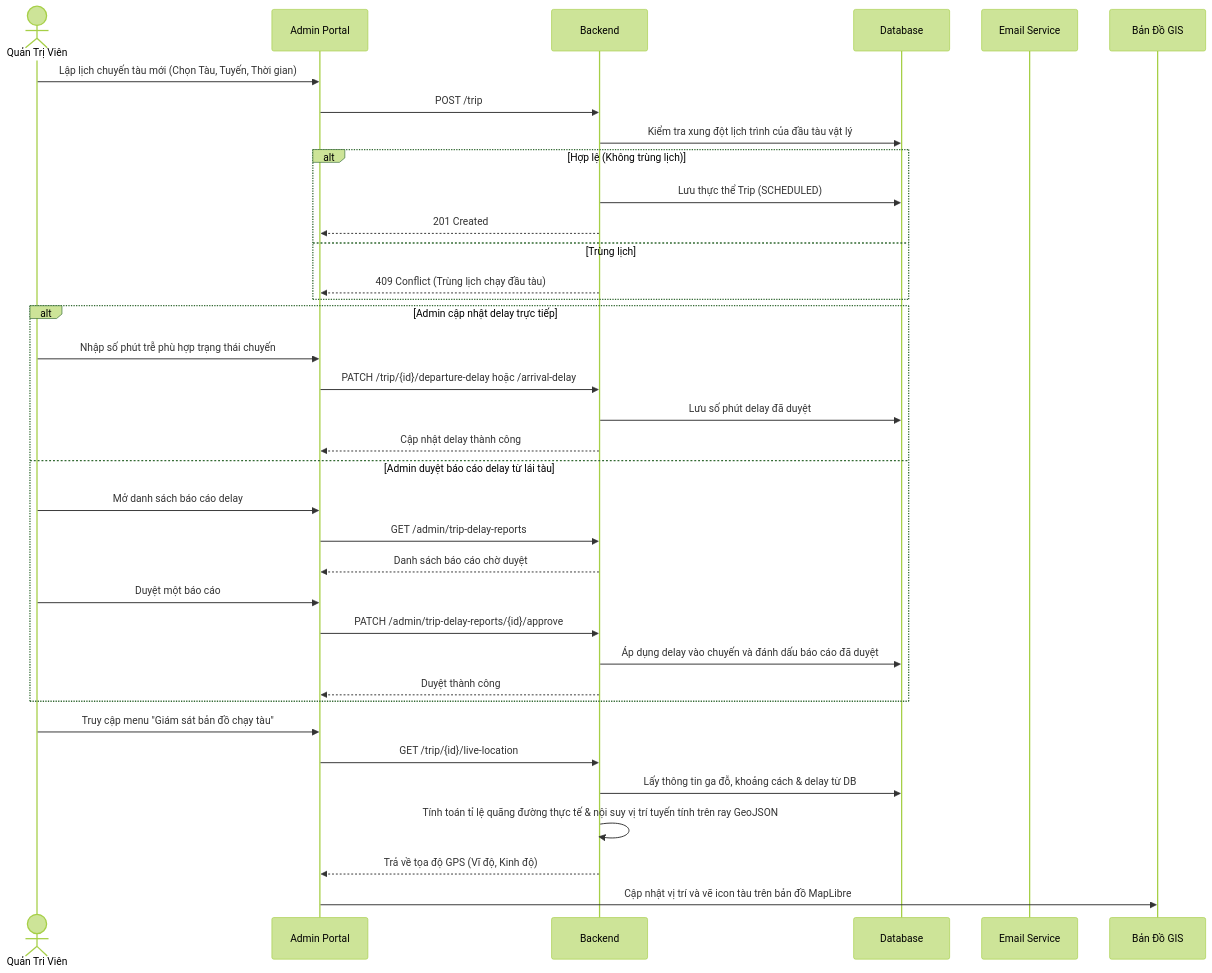
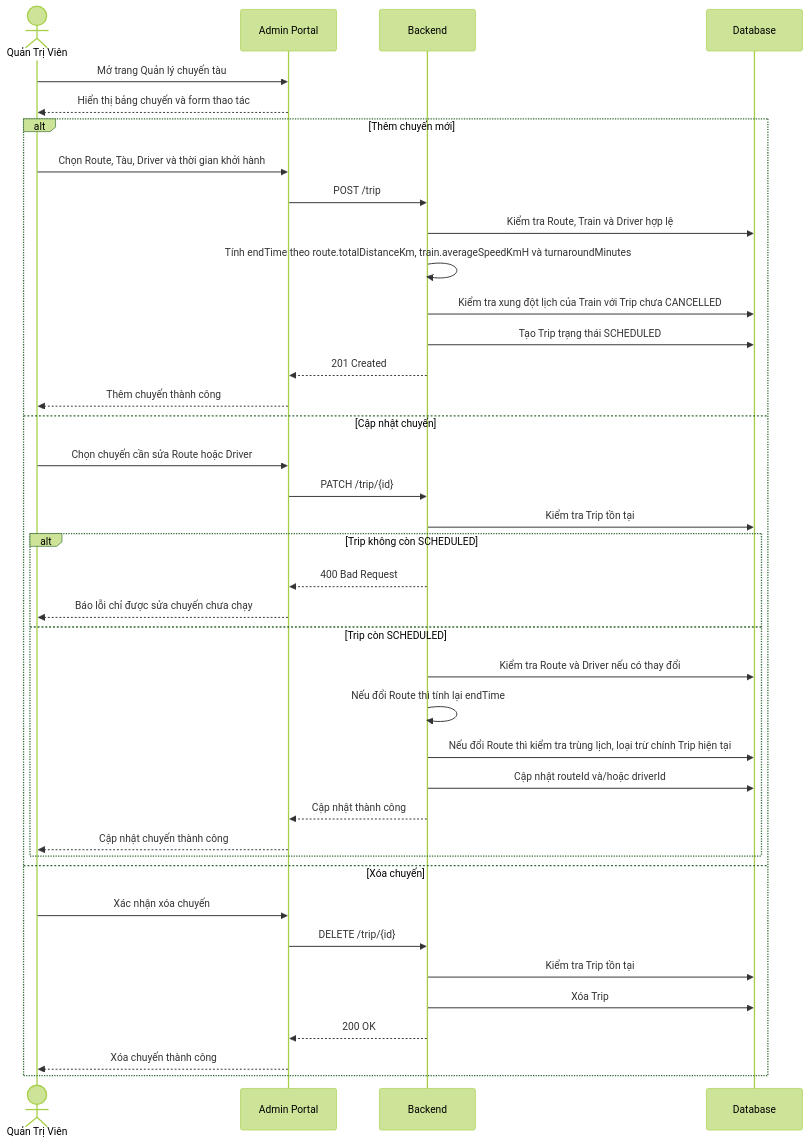
Before and after one commit to letungduong24/train-booking: diagram 16 of 22 in diagrams/sequences/sequence-diagrams.md, drawn with Mermaid (forest theme). The commit also changed other lines of this file and 29 other files, not shown here.

````diff
--- a/diagrams/sequences/sequence-diagrams.md
+++ b/diagrams/sequences/sequence-diagrams.md
@@ -388,44 +459,43 @@
 ```mermaid
 sequenceDiagram
     actor Admin as Quản Trị Viên
     participant FE as Admin Portal
     participant API as Backend
     participant DB as Database
-    participant Email as Email Service
-    participant Map as Bản Đồ GIS
     
-    %% Lập lịch chuyến tàu
-    Admin->>FE: Lập lịch chuyến tàu mới (Chọn Tàu, Tuyến, Thời gian)
-    FE->>API: POST /trip
-    API->>DB: Kiểm tra xung đột lịch trình của đầu tàu vật lý
-    alt Hợp lệ (Không trùng lịch)
-        API->>DB: Lưu thực thể Trip (SCHEDULED)
+    Admin->>FE: Mở trang Quản lý chuyến tàu
+    FE-->>Admin: Hiển thị bảng chuyến và form thao tác
+
+    alt Thêm chuyến mới
+        Admin->>FE: Chọn Route, Tàu, Driver và thời gian khởi hành
+        FE->>API: POST /trip
+        API->>DB: Kiểm tra Route, Train và Driver hợp lệ
+        API->>API: Tính endTime theo route.totalDistanceKm, train.averageSpeedKmH và turnaroundMinutes
+        API->>DB: Kiểm tra xung đột lịch của Train với Trip chưa CANCELLED
+        API->>DB: Tạo Trip trạng thái SCHEDULED
         API-->>FE: 201 Created
-    else Trùng lịch
-        API-->>FE: 409 Conflict (Trùng lịch chạy đầu tàu)
+        FE-->>Admin: Thêm chuyến thành công
+    else Cập nhật chuyến
+        Admin->>FE: Chọn chuyến cần sửa Route hoặc Driver
+        FE->>API: PATCH /trip/{id}
+        API->>DB: Kiểm tra Trip tồn tại
+        alt Trip không còn SCHEDULED
+            API-->>FE: 400 Bad Request
+            FE-->>Admin: Báo lỗi chỉ được sửa chuyến chưa chạy
+        else Trip còn SCHEDULED
+            API->>DB: Kiểm tra Route và Driver nếu có thay đổi
+            API->>API: Nếu đổi Route thì tính lại endTime
+            API->>DB: Nếu đổi Route thì kiểm tra trùng lịch, loại trừ chính Trip hiện tại
+            API->>DB: Cập nhật routeId và/hoặc driverId
+            API-->>FE: Cập nhật thành công
+            FE-->>Admin: Cập nhật chuyến thành công
+        end
+    else Xóa chuyến
+        Admin->>FE: Xác nhận xóa chuyến
+        FE->>API: DELETE /trip/{id}
+        API->>DB: Kiểm tra Trip tồn tại
+        API->>DB: Xóa Trip
+        API-->>FE: 200 OK
+        FE-->>Admin: Xóa chuyến thành công
     end
-    
-    %% Cập nhật delay chuyến tàu
-    alt Admin cập nhật delay trực tiếp
-        Admin->>FE: Nhập số phút trễ phù hợp trạng thái chuyến
-        FE->>API: PATCH /trip/{id}/departure-delay hoặc /arrival-delay
-        API->>DB: Lưu số phút delay đã duyệt
-        API-->>FE: Cập nhật delay thành công
-    else Admin duyệt báo cáo delay từ lái tàu
-        Admin->>FE: Mở danh sách báo cáo delay
-        FE->>API: GET /admin/trip-delay-reports
-        API-->>FE: Danh sách báo cáo chờ duyệt
-        Admin->>FE: Duyệt một báo cáo
-        FE->>API: PATCH /admin/trip-delay-reports/{id}/approve
-        API->>DB: Áp dụng delay vào chuyến và đánh dấu báo cáo đã duyệt
-        API-->>FE: Duyệt thành công
-    end
-    
-    %% Giám sát GPS thời gian thực
-    Admin->>FE: Truy cập menu "Giám sát bản đồ chạy tàu"
-    FE->>API: GET /trip/{id}/live-location
-    API->>DB: Lấy thông tin ga đỗ, khoảng cách & delay từ DB
-    API->>API: Tính toán tỉ lệ quãng đường thực tế & nội suy vị trí tuyến tính trên ray GeoJSON
-    API-->>FE: Trả về tọa độ GPS (Vĩ độ, Kinh độ)
-    FE->>Map: Cập nhật vị trí và vẽ icon tàu trên bản đồ MapLibre
 ```
````
